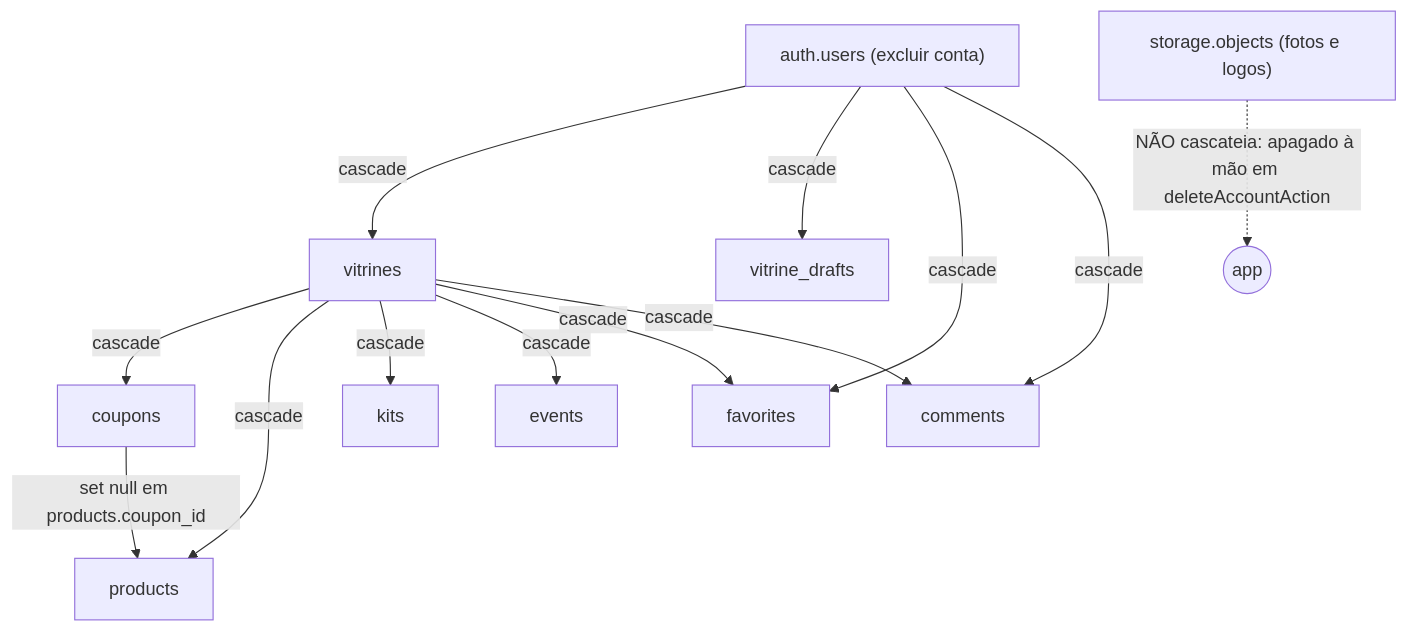
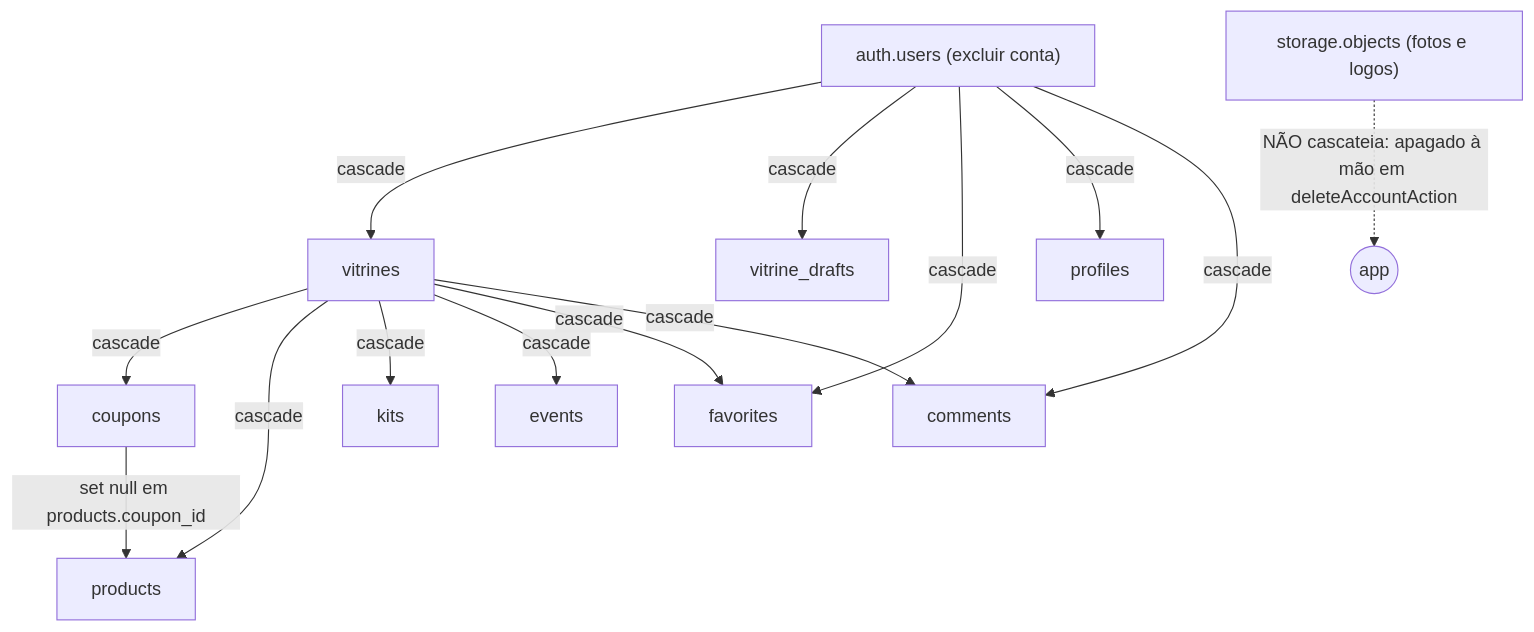
The third of 3 diagrams in docs/database.md (estevaons/myvitri), drawn with Mermaid before and after one commit. The commit also changed other lines of this file and 33 other files, not shown here.

````diff
--- a/docs/database.md
+++ b/docs/database.md
@@ -413,15 +481,16 @@
 ```mermaid
 graph TD
     U["auth.users (excluir conta)"] -->|cascade| V[vitrines]
     U -->|cascade| D[vitrine_drafts]
     V -->|cascade| C[coupons]
     V -->|cascade| P[products]
     V -->|cascade| K[kits]
     V -->|cascade| E[events]
     U -->|cascade| F[favorites]
     V -->|cascade| F
+    U -->|cascade| PR[profiles]
     U -->|cascade| M[comments]
     V -->|cascade| M
     C -->|set null em products.coupon_id| P
     S["storage.objects (fotos e logos)"] -.->|"NÃO cascateia: apagado à mão em deleteAccountAction"| X((app))
 ```
````
